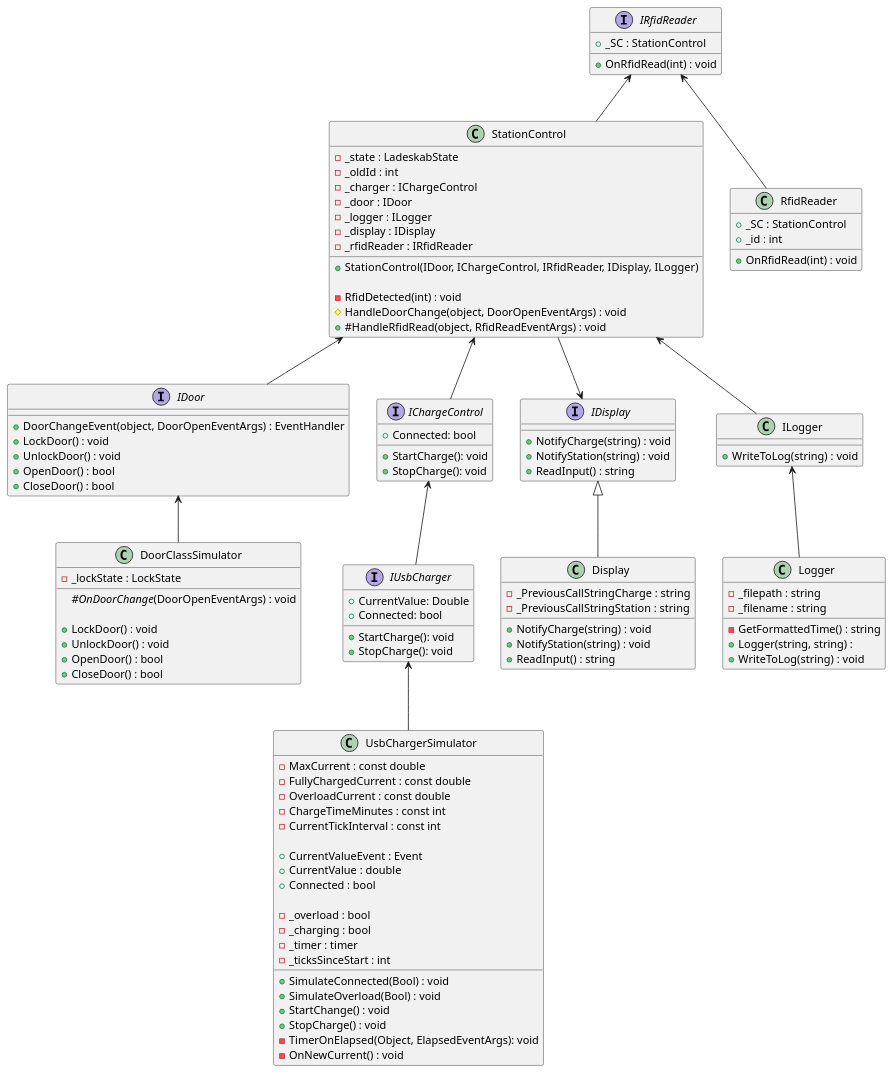
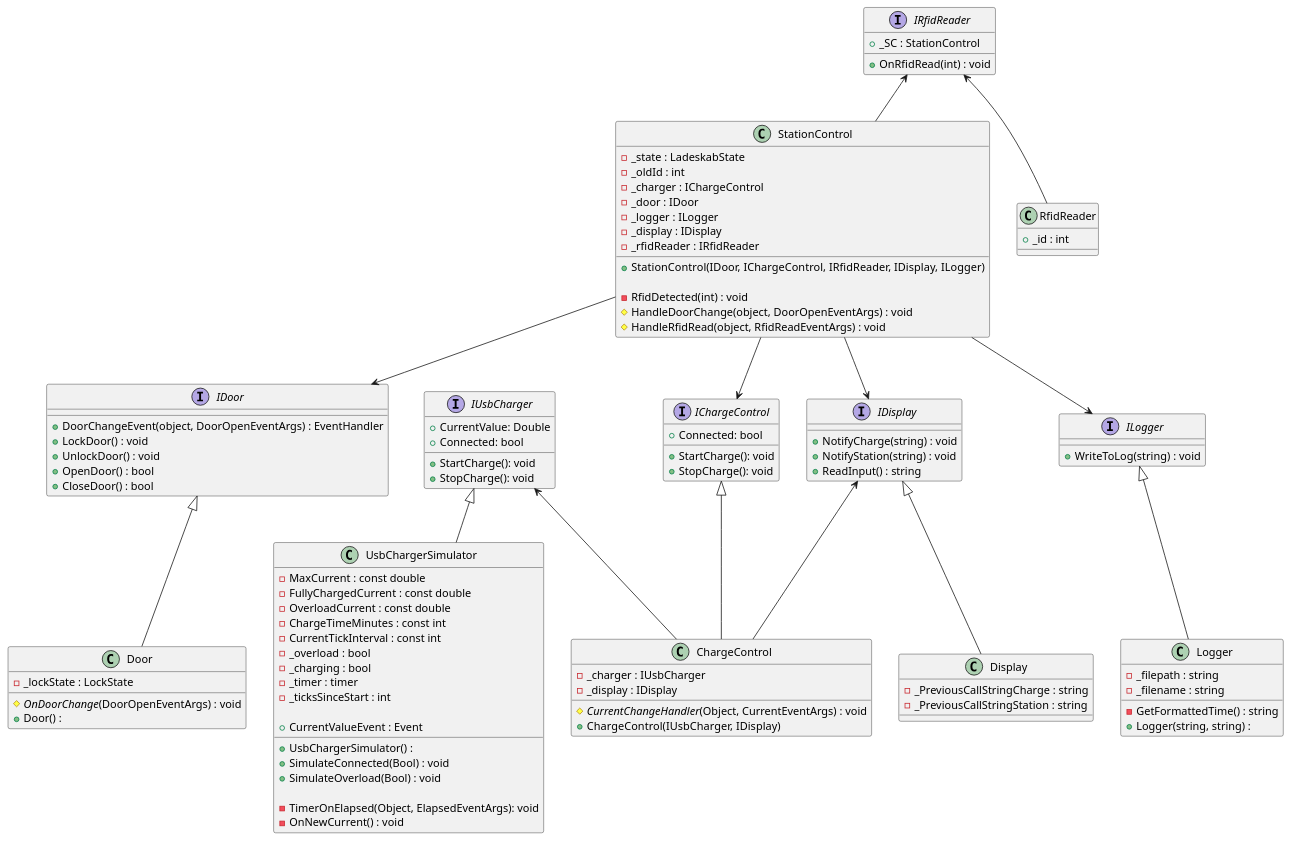
The diagram in ClassDiagram.wsd (KunJakob/SWT-PhoneCharger), drawn with PlantUML before and after one commit.

Commit message:
Almost done class diagram

```diff
--- a/ClassDiagram.wsd
+++ b/ClassDiagram.wsd
@@ -1,152 +1,150 @@
 @startuml
 class StationControl
 {
     - _state : LadeskabState 
     - _oldId : int 
     - _charger : IChargeControl
     - _door : IDoor 
     - _logger : ILogger
     - _display : IDisplay
     - _rfidReader : IRfidReader
 
 
     + StationControl(IDoor, IChargeControl, IRfidReader, IDisplay, ILogger) 
 
     - RfidDetected(int) : void
-      #HandleDoorChange(object, DoorOpenEventArgs) : void
-    + #HandleRfidRead(object, RfidReadEventArgs) : void
+     # HandleDoorChange(object, DoorOpenEventArgs) : void
+     # HandleRfidRead(object, RfidReadEventArgs) : void
 }
 
 
 /' Door '/
 
 interface IDoor
 {
     + DoorChangeEvent(object, DoorOpenEventArgs) : EventHandler
     + LockDoor() : void
     + UnlockDoor() : void
     + OpenDoor() : bool
     + CloseDoor() : bool
 }
 
-class DoorClassSimulator 
+class Door 
 {
     - _lockState : LockState
-    //#OnDoorChange//(DoorOpenEventArgs) : void
-
-    + LockDoor() : void
-    + UnlockDoor() : void
-    + OpenDoor() : bool
-    + CloseDoor() : bool
+    # //OnDoorChange//(DoorOpenEventArgs) : void
+    + Door() :
 }
 
 
-IDoor <-- DoorClassSimulator
-StationControl <-- IDoor
+IDoor <|-- Door
+StationControl --> IDoor
 
 /' RFID READER '/
 
 interface IRfidReader{
 
     + _SC : StationControl 
     + OnRfidRead(int) : void   
 }
 
 class RfidReader
 {
-    + _SC : StationControl 
-    + _id : int
-
-    + OnRfidRead(int) : void    
+    + _id : int  
 }
 
 IRfidReader <-- StationControl
 IRfidReader <-- RfidReader
 
 /' USB Charger '/
 class UsbChargerSimulator
 {
     - MaxCurrent : const double
     - FullyChargedCurrent : const double
     - OverloadCurrent : const double
     - ChargeTimeMinutes : const int
     - CurrentTickInterval : const int
-
-    + CurrentValueEvent : Event
-    + CurrentValue : double
-    + Connected : bool
-
     - _overload : bool
     - _charging : bool
     - _timer : timer
     - _ticksSinceStart : int
 
+    + CurrentValueEvent : Event
+
+    + UsbChargerSimulator() :
     + SimulateConnected(Bool) : void
     + SimulateOverload(Bool) : void
-    + StartChange() : void 
-    + StopCharge() : void  
+
     - TimerOnElapsed(Object, ElapsedEventArgs): void
     - OnNewCurrent() : void
 }
 
 interface IUsbCharger
 {
     +CurrentValue: Double
     +Connected: bool
     +StartCharge(): void
     +StopCharge(): void
 }
+
+IUsbCharger <|-- UsbChargerSimulator
+
+/' ChargeControl '/
+
 interface IChargeControl
 {
     +Connected: bool
     +StartCharge(): void
     +StopCharge(): void
 }
-
+class ChargeControl
+{
+    - _charger : IUsbCharger
+    - _display : IDisplay
+    # //CurrentChangeHandler//(Object, CurrentEventArgs) : void
+    + ChargeControl(IUsbCharger, IDisplay)
+}
+IChargeControl <|-- ChargeControl
+StationControl --> IChargeControl
+IUsbCharger <-- ChargeControl
+IDisplay <-- ChargeControl
 /' Display '/
 
 interface IDisplay
 {
     + NotifyCharge(string) : void
     + NotifyStation(string) : void
     + ReadInput() : string
 }
 
 class Display
 {
-    + NotifyCharge(string) : void
-    + NotifyStation(string) : void
-    + ReadInput() : string
 
     - _PreviousCallStringCharge : string
     - _PreviousCallStringStation : string
 }
     IDisplay <|-- Display
     StationControl --> IDisplay
 
 /' Logger '/
 
 class Logger
 {
     - _filepath : string
     - _filename : string
     - GetFormattedTime() : string
     + Logger(string, string) : 
-    + WriteToLog(string) : void
+
 }
 
 
-class ILogger
+interface ILogger
 {
     + WriteToLog(string) : void
 }
 
-ILogger <-- Logger
-StationControl <-- ILogger
-
-IUsbCharger <-- UsbChargerSimulator
-IChargeControl <-- IUsbCharger
-StationControl <-- IChargeControl
+ILogger <|-- Logger
+StationControl --> ILogger
 
 
 @enduml
```
